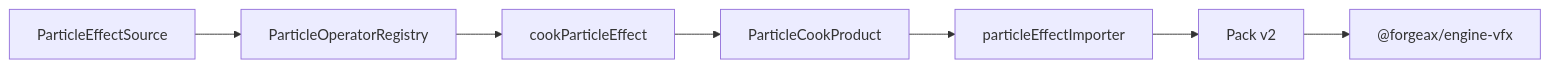
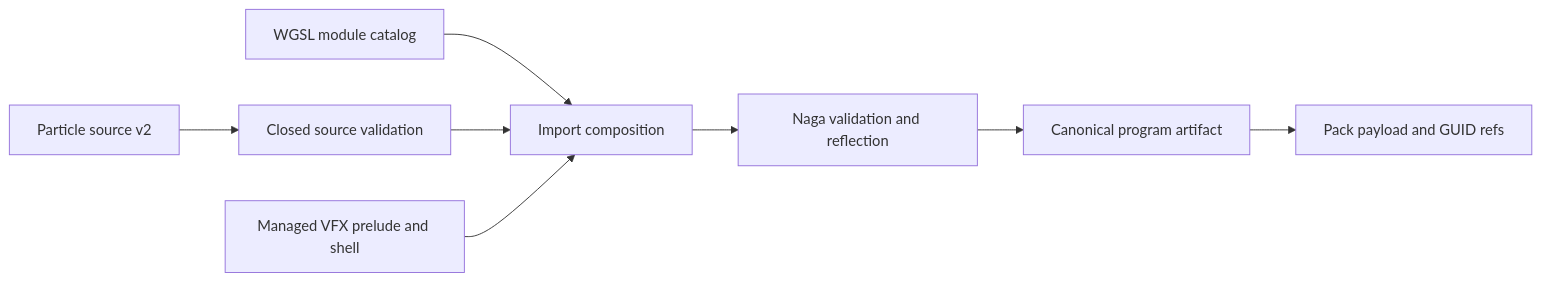
One commit to ForgeaX-Games/forgeax-editor changed the diagram in packages/engine/packages/vfx-compiler/README.md. Above: the diagram before and after it, drawn with Mermaid. The commit also changed other lines of this file and 1374 other files, not shown here.

Commit message:
Release v0.3.25 — forgeax-editor source snapshot

````diff
--- a/packages/engine/packages/vfx-compiler/README.md
+++ b/packages/engine/packages/vfx-compiler/README.md
@@ -27,9 +7,10 @@
 ```mermaid
 flowchart LR
-    source["ParticleEffectSource"] --> registry["ParticleOperatorRegistry"]
-    registry --> cook["cookParticleEffect"]
-    cook --> product["ParticleCookProduct"]
-    product --> importer["particleEffectImporter"]
-    importer --> pack["Pack v2"]
-    pack --> runtime["@forgeax/engine-vfx"]
+    source["Particle source v2"] --> validate["Closed source validation"]
+    modules["WGSL module catalog"] --> compose["Import composition"]
+    validate --> compose
+    prelude["Managed VFX prelude and shell"] --> compose
+    compose --> naga["Naga validation and reflection"]
+    naga --> artifact["Canonical program artifact"]
+    artifact --> payload["Pack payload and GUID refs"]
 ```
````
